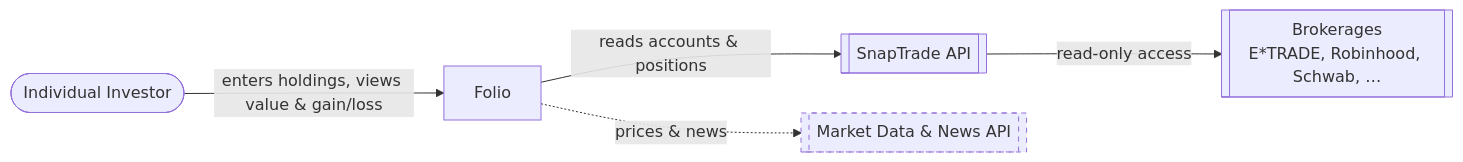
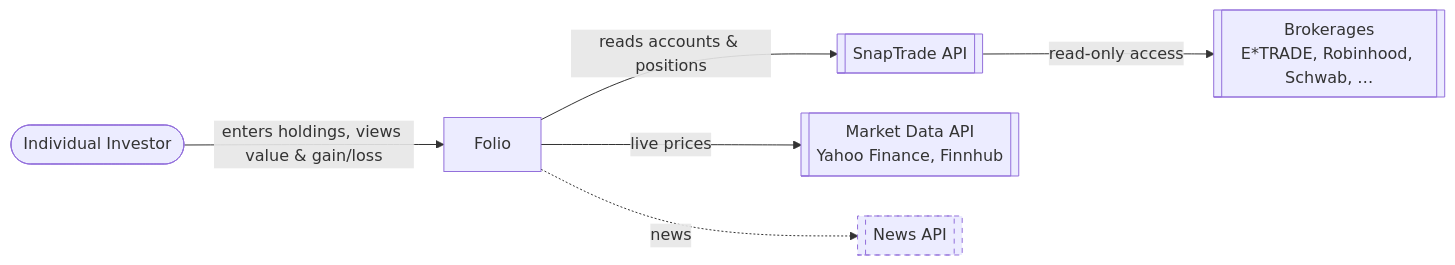
Before and after one commit to dquin144/cen5064-project-quinones: the first of 5 diagrams in README.md, drawn with Mermaid. The commit also changed other lines of this file and 6 other files, not shown here.

Commit message:
Add live stock prices (Yahoo Finance, Finnhub backup)

````diff
--- a/README.md
+++ b/README.md
@@ -102,11 +109,12 @@
 ```mermaid
 %%{init: {'flowchart': {'nodeSpacing': 40, 'rankSpacing': 60, 'curve': 'basis'}}}%%
 flowchart LR
     user([Individual Investor]) -->|enters holdings, views value & gain/loss| system[Folio]
     system -->|reads accounts & positions| snaptrade[[SnapTrade API]]
     snaptrade -->|read-only access| brokerages[[Brokerages<br/>E*TRADE, Robinhood, Schwab, …]]
-    system -.->|prices & news| market[[Market Data & News API]]
+    system -->|live prices| market[[Market Data API<br/>Yahoo Finance, Finnhub]]
+    system -.->|news| news[[News API]]
 
     classDef planned stroke-dasharray: 5 5
-    class market planned
+    class news planned
 ```
````
